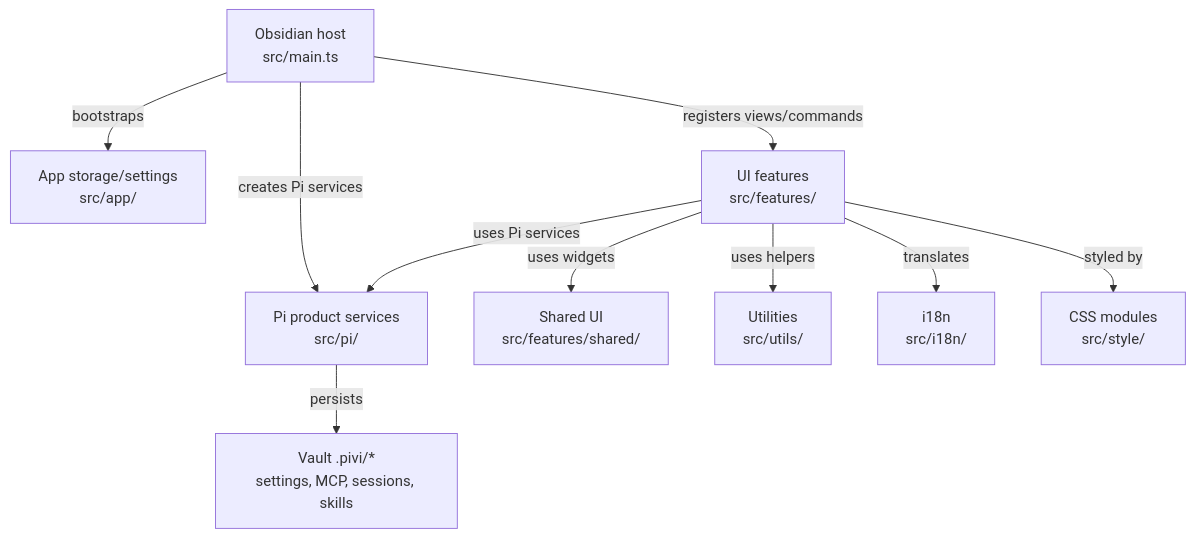
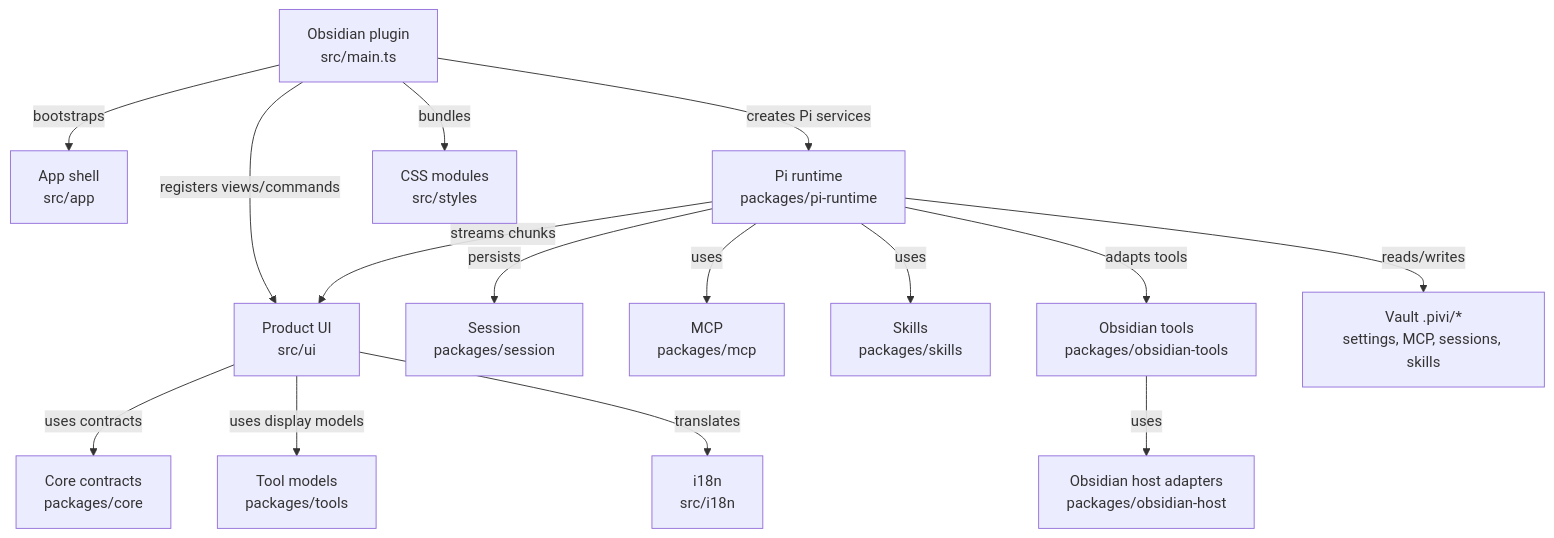
One commit to shuuul/obsidian-pivi changed the first of 2 diagrams in AGENTS.md. Above: the diagram before and after it, drawn with Mermaid. The commit also changed other lines of this file and 831 other files, not shown here.

First line of the commit message:
refactor(arch): split runtime into workspace packages

````diff
--- a/AGENTS.md
+++ b/AGENTS.md
@@ -82,12 +129,17 @@
 ```mermaid
 flowchart TD
-  Host["Obsidian host<br/>src/main.ts"] -- "bootstraps" --> App["App storage/settings<br/>src/app/"]
-  Host -- "registers views/commands" --> Features["UI features<br/>src/features/"]
-  Host -- "creates Pi services" --> Pi["Pi product services<br/>src/pi/"]
-  Features -- "uses Pi services" --> Pi
-  Pi -- "persists" --> Vault["Vault .pivi/*<br/>settings, MCP, sessions, skills"]
-  Features -- "uses widgets" --> Shared["Shared UI<br/>src/features/shared/"]
-  Features -- "uses helpers" --> Utils["Utilities<br/>src/utils/"]
-  Features -- "translates" --> I18n["i18n<br/>src/i18n/"]
-  Features -- "styled by" --> Style["CSS modules<br/>src/style/"]
+  Host["Obsidian plugin<br/>src/main.ts"] -- "bootstraps" --> App["App shell<br/>src/app"]
+  Host -- "registers views/commands" --> UI["Product UI<br/>src/ui"]
+  Host -- "creates Pi services" --> Runtime["Pi runtime<br/>packages/pi-runtime"]
+  UI -- "uses contracts" --> Core["Core contracts<br/>packages/core"]
+  UI -- "uses display models" --> Tools["Tool models<br/>packages/tools"]
+  UI -- "translates" --> I18n["i18n<br/>src/i18n"]
+  Runtime -- "persists" --> Session["Session<br/>packages/session"]
+  Runtime -- "uses" --> MCP["MCP<br/>packages/mcp"]
+  Runtime -- "uses" --> Skills["Skills<br/>packages/skills"]
+  Runtime -- "adapts tools" --> ObsidianTools["Obsidian tools<br/>packages/obsidian-tools"]
+  ObsidianTools -- "uses" --> ObsidianHost["Obsidian host adapters<br/>packages/obsidian-host"]
+  Host -- "bundles" --> Style["CSS modules<br/>src/styles"]
+  Runtime -- "streams chunks" --> UI
+  Runtime -- "reads/writes" --> Vault["Vault .pivi/*<br/>settings, MCP, sessions, skills"]
 ```
````
